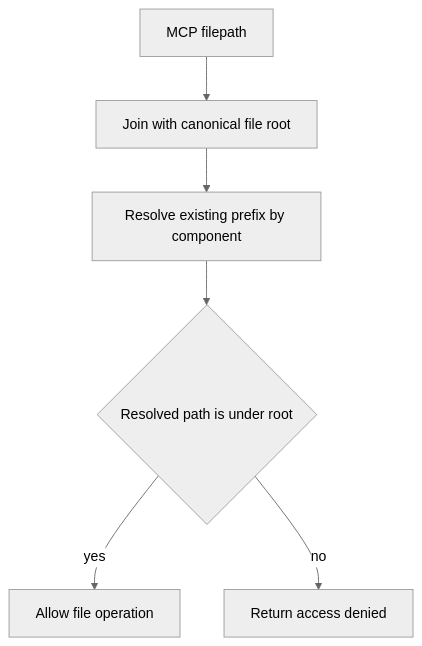
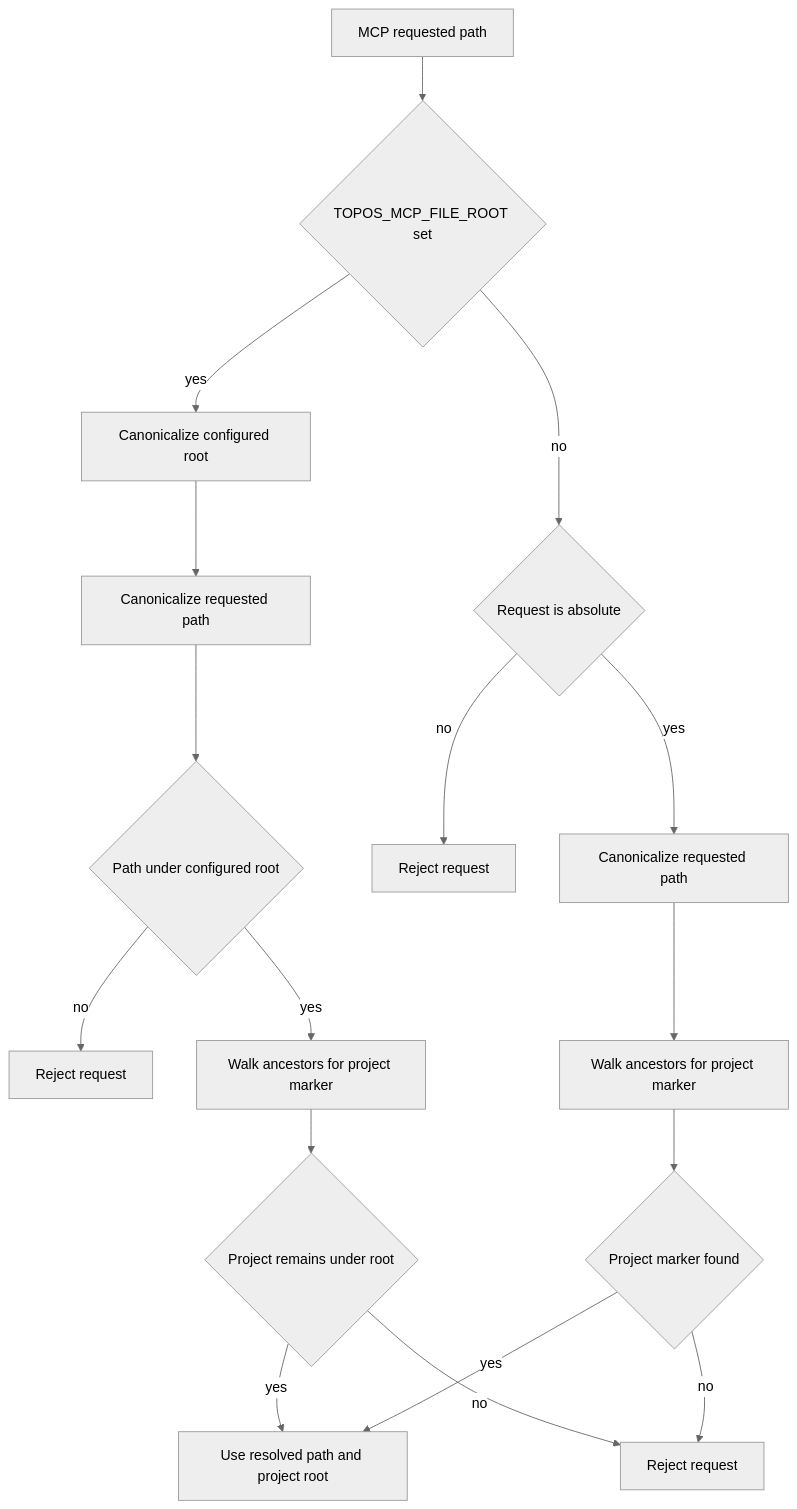
One commit to Krv-Labs/topos changed the diagram in openwiki/integrations/distribution.md. Above: the diagram before and after it, drawn with Mermaid (neutral theme). The commit also changed other lines of this file and 23 other files, not shown here.

````diff
--- a/openwiki/integrations/distribution.md
+++ b/openwiki/integrations/distribution.md
@@ -45,8 +100,19 @@
 ```mermaid
 flowchart TD
-    Request["MCP filepath"] --> Join["Join with canonical file root"]
-    Join --> Prefix["Resolve existing prefix by component"]
-    Prefix --> Inside{"Resolved path is under root"}
-    Inside -->|yes| Accept["Allow file operation"]
-    Inside -->|no| Deny["Return access denied"]
+    Request["MCP requested path"] --> Boundary{"TOPOS_MCP_FILE_ROOT set"}
+    Boundary -->|yes| CanonRoot["Canonicalize configured root"]
+    CanonRoot --> CanonBoundPath["Canonicalize requested path"]
+    CanonBoundPath --> Inside{"Path under configured root"}
+    Inside -->|no| DenyBoundary["Reject request"]
+    Inside -->|yes| DetectBound["Walk ancestors for project marker"]
+    Boundary -->|no| Absolute{"Request is absolute"}
+    Absolute -->|no| DenyAbsolute["Reject request"]
+    Absolute -->|yes| CanonFreePath["Canonicalize requested path"]
+    CanonFreePath --> DetectFree["Walk ancestors for project marker"]
+    DetectBound --> ProjectBound{"Project remains under root"}
+    ProjectBound -->|yes| Allow["Use resolved path and project root"]
+    ProjectBound -->|no| DenyProject["Reject request"]
+    DetectFree --> ProjectFree{"Project marker found"}
+    ProjectFree -->|yes| Allow
+    ProjectFree -->|no| DenyProject
 ```
````
